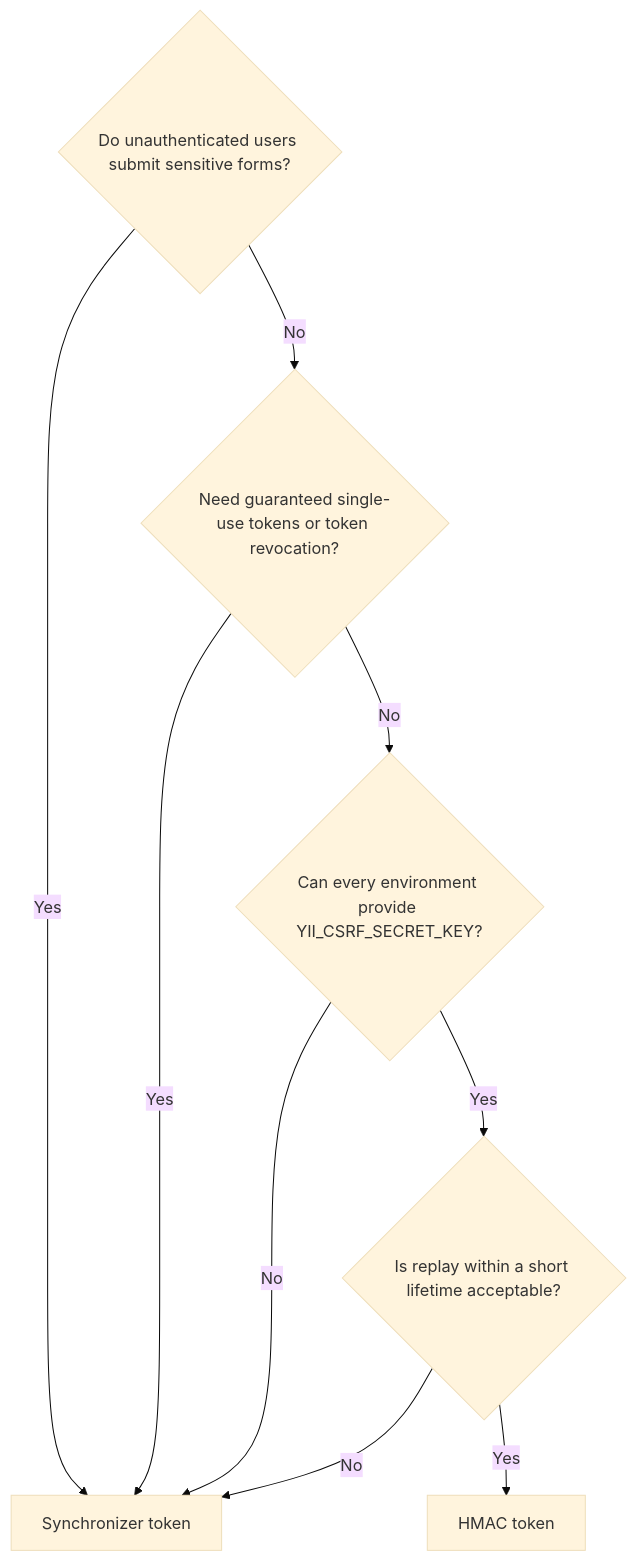
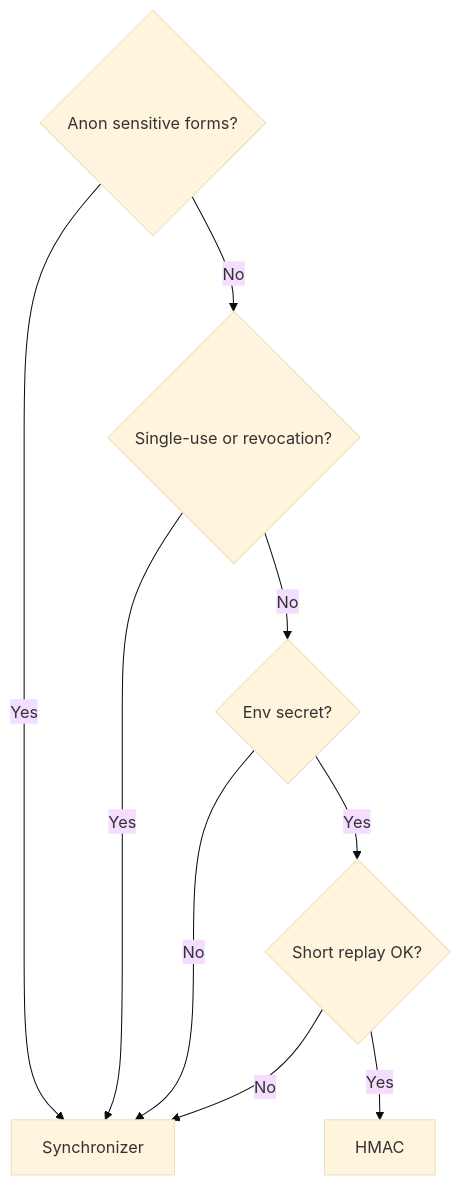
The diagram in README.md (yiisoft/csrf), drawn with Mermaid (base theme) before and after one commit.

Commit message:
Shorten CSRF decision graph labels

````diff
--- a/README.md
+++ b/README.md
@@ -159,12 +159,12 @@
 ```mermaid
 flowchart TD
-    A{Do unauthenticated users submit sensitive forms?}
-    A -- Yes --> S[Synchronizer token]
-    A -- No --> B{Need guaranteed single-use tokens or token revocation?}
+    A{Anon sensitive forms?}
+    A -- Yes --> S[Synchronizer]
+    A -- No --> B{Single-use or revocation?}
     B -- Yes --> S
-    B -- No --> C{Can every environment provide YII_CSRF_SECRET_KEY?}
+    B -- No --> C{Env secret?}
     C -- No --> S
-    C -- Yes --> D{Is replay within a short lifetime acceptable?}
+    C -- Yes --> D{Short replay OK?}
     D -- No --> S
-    D -- Yes --> H[HMAC token]
+    D -- Yes --> H[HMAC]
 ```
````
